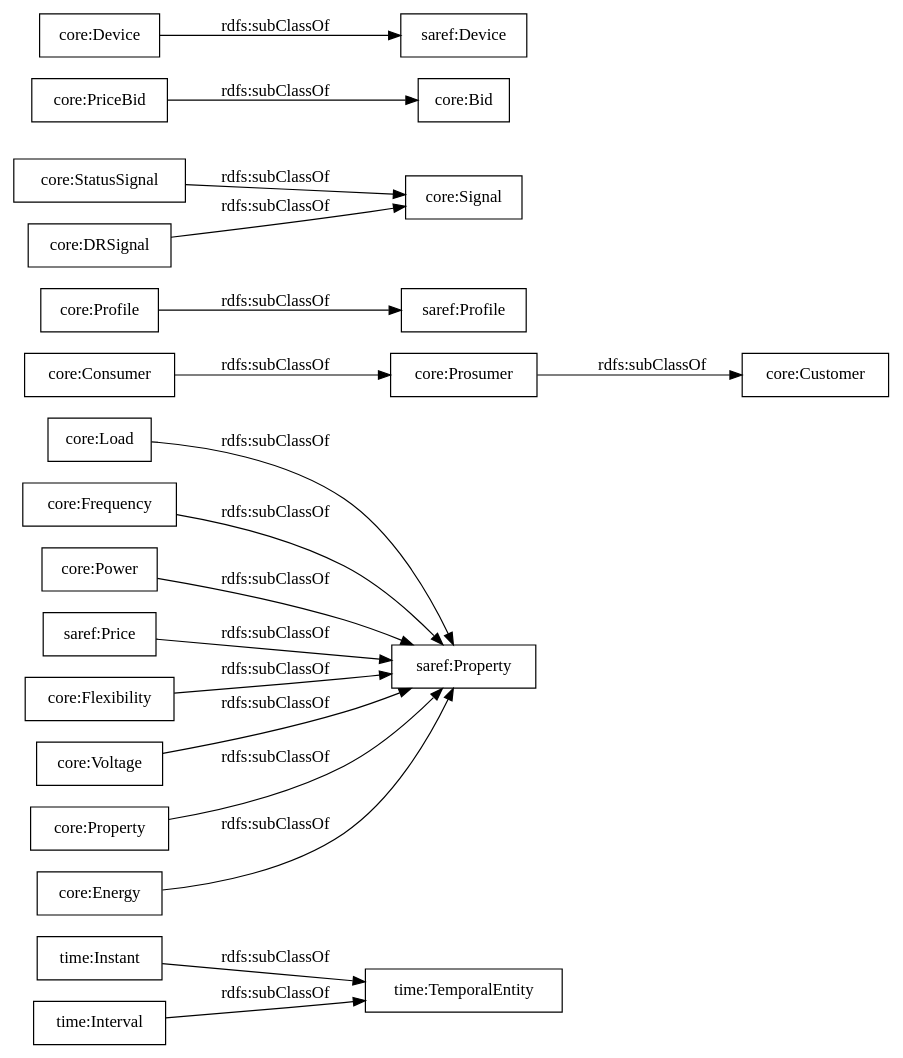
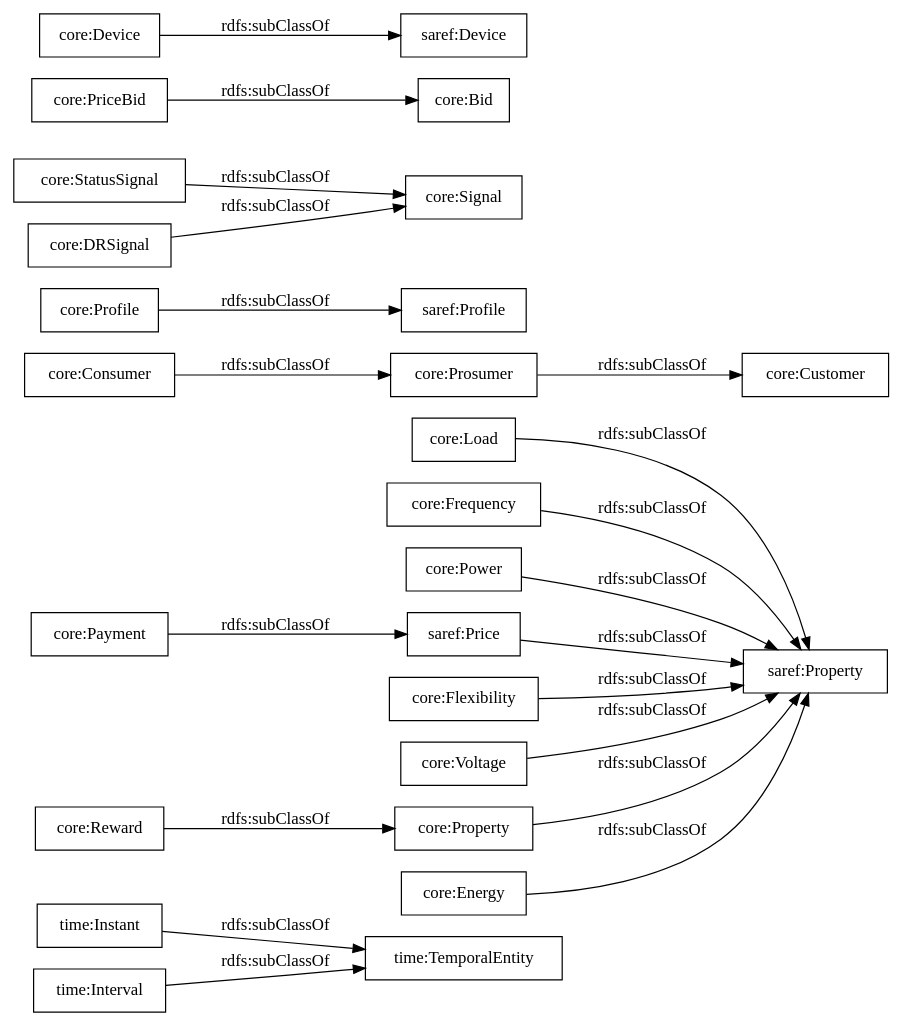
One commit to oeg-upm/delta-ontology changed the diagram in OnToology/ontology/delta.ttl/diagrams/ar2dtool-taxonomy/delta.ttl.png.dot. Above: the diagram before and after it, drawn with Graphviz. The commit also changed 15 other files, not shown here.

```diff
--- a/OnToology/ontology/delta.ttl/diagrams/ar2dtool-taxonomy/delta.ttl.png.dot
+++ b/OnToology/ontology/delta.ttl/diagrams/ar2dtool-taxonomy/delta.ttl.png.dot
@@ -1,23 +1,25 @@
 digraph ar2dtool_diagram { 
 rankdir=LR;
 size="1000"
-node [shape = rectangle, color="black"]; "time:Instant" "core:Load" "core:Frequency" "core:Customer" "core:Power" "saref:Profile" "core:StatusSignal" "core:Bid" "saref:Device" "core:Consumer" "core:Prosumer" "core:PriceBid" "core:Signal" "time:Interval" "time:TemporalEntity" "saref:Price" "core:DRSignal" "core:Flexibility" "core:Voltage" "saref:Property" "core:Profile" "core:Property" "core:Energy" "core:Device" ; /*classes style*/
+node [shape = rectangle, color="black"]; "time:Instant" "core:Load" "core:Frequency" "core:Customer" "core:Power" "saref:Profile" "core:StatusSignal" "core:Bid" "saref:Device" "core:Consumer" "core:Prosumer" "core:PriceBid" "core:Reward" "core:Signal" "time:Interval" "time:TemporalEntity" "saref:Price" "core:DRSignal" "core:Flexibility" "core:Voltage" "saref:Property" "core:Profile" "core:Property" "core:Energy" "core:Payment" "core:Device" ; /*classes style*/
 	"core:Flexibility" -> "saref:Property" [ label = "rdfs:subClassOf" ];
 	"saref:Price" -> "saref:Property" [ label = "rdfs:subClassOf" ];
+	"core:Payment" -> "saref:Price" [ label = "rdfs:subClassOf" ];
 	"core:Voltage" -> "saref:Property" [ label = "rdfs:subClassOf" ];
 	"time:Interval" -> "time:TemporalEntity" [ label = "rdfs:subClassOf" ];
 	"core:Energy" -> "saref:Property" [ label = "rdfs:subClassOf" ];
 	"core:Power" -> "saref:Property" [ label = "rdfs:subClassOf" ];
+	"core:Frequency" -> "saref:Property" [ label = "rdfs:subClassOf" ];
 	"core:Prosumer" -> "core:Customer" [ label = "rdfs:subClassOf" ];
-	"core:Frequency" -> "saref:Property" [ label = "rdfs:subClassOf" ];
 	"core:Device" -> "saref:Device" [ label = "rdfs:subClassOf" ];
 	"core:Property" -> "saref:Property" [ label = "rdfs:subClassOf" ];
 	"core:DRSignal" -> "core:Signal" [ label = "rdfs:subClassOf" ];
 	"core:Profile" -> "saref:Profile" [ label = "rdfs:subClassOf" ];
 	"time:Instant" -> "time:TemporalEntity" [ label = "rdfs:subClassOf" ];
 	"core:PriceBid" -> "core:Bid" [ label = "rdfs:subClassOf" ];
 	"core:StatusSignal" -> "core:Signal" [ label = "rdfs:subClassOf" ];
 	"core:Consumer" -> "core:Prosumer" [ label = "rdfs:subClassOf" ];
+	"core:Reward" -> "core:Property" [ label = "rdfs:subClassOf" ];
 	"core:Load" -> "saref:Property" [ label = "rdfs:subClassOf" ];
 
 }
```
